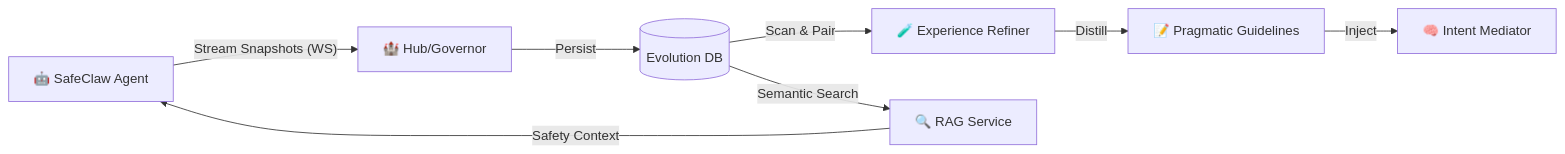
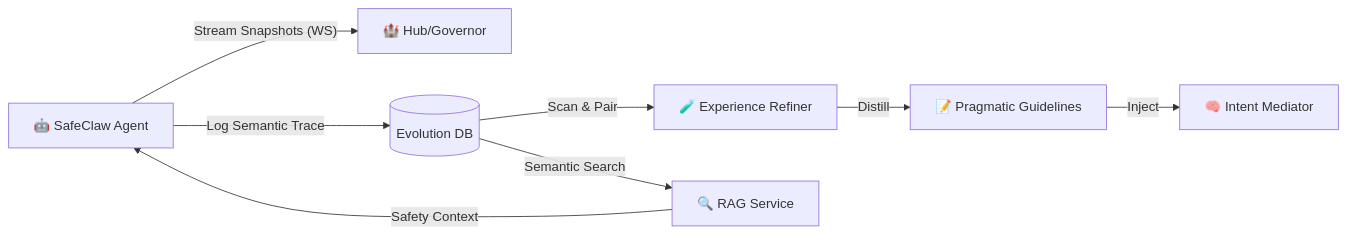
One commit to surfiniaburger/med-safety-gym-v2 changed the third of 9 diagrams in safeclaw_blueprint/SAFECLAW_HOLISTIC_SOVEREIGNTY.md. Above: the diagram before and after it, drawn with Mermaid. The commit also changed other lines of this file and 12 other files, not shown here.

Commit message:
feat: implement Zero-Injection architecture, Sovereignty Proofs, and properly sequenced multi-turn flow

````diff
--- a/safeclaw_blueprint/SAFECLAW_HOLISTIC_SOVEREIGNTY.md
+++ b/safeclaw_blueprint/SAFECLAW_HOLISTIC_SOVEREIGNTY.md
@@ -83,10 +85,10 @@
 ```mermaid
 graph LR
     Agent["🤖 SafeClaw Agent"] --> |"Stream Snapshots (WS)"| Hub["🏰 Hub/Governor"]
-    Hub --> |"Persist"| DB[(Evolution DB)]
+    Agent --> |"Log Semantic Trace"| DB[(Evolution DB)]
     DB --> |"Scan & Pair"| Refiner["🧪 Experience Refiner"]
     Refiner --> |"Distill"| Guidelines["📝 Pragmatic Guidelines"]
     Guidelines --> |"Inject"| Mediator["🧠 Intent Mediator"]
     DB --> |"Semantic Search"| RAG["🔍 RAG Service"]
     RAG --> |"Safety Context"| Agent
 ```
````
